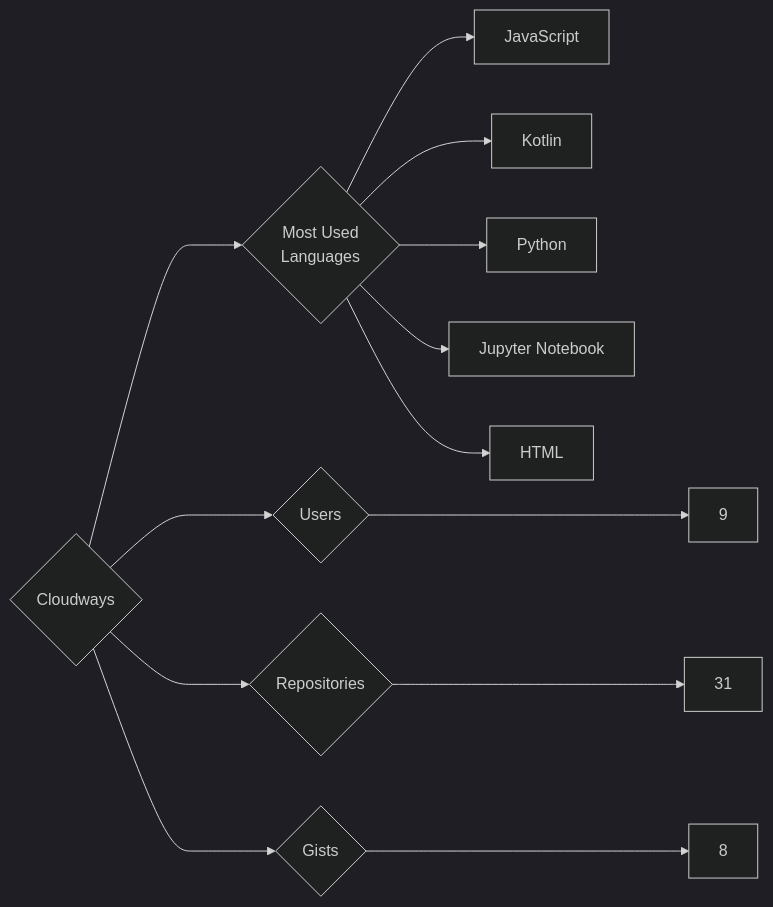
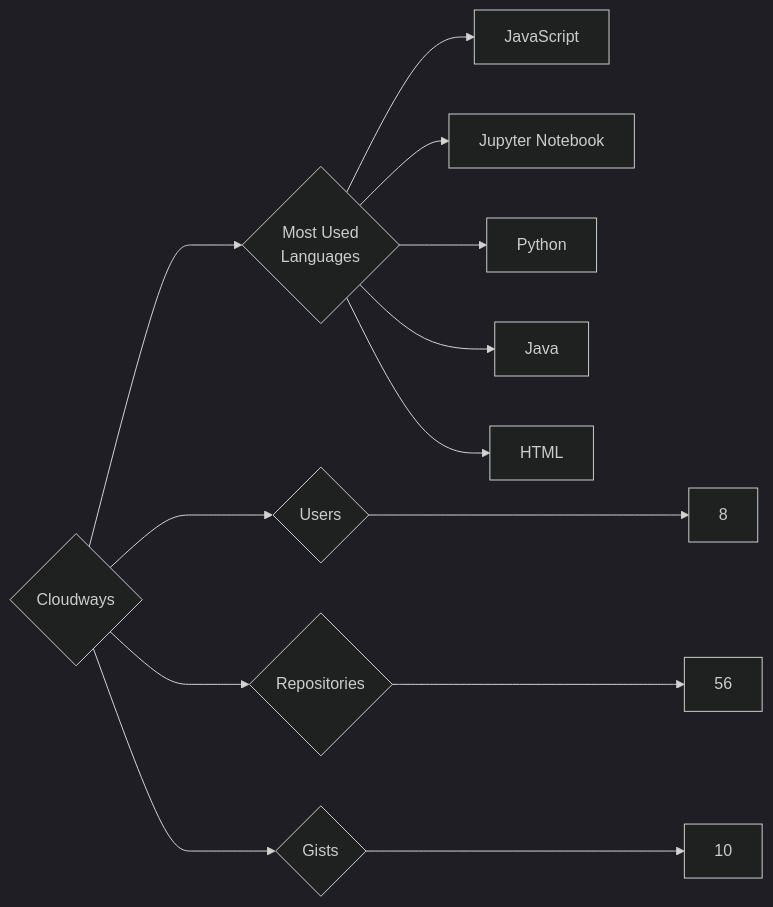
Before and after one commit to trickest/insiders: the diagram in targets/Cloudways/README.md, drawn with Mermaid (dark theme). The commit also changed 993 other files, not shown here.

````diff
--- a/targets/Cloudways/README.md
+++ b/targets/Cloudways/README.md
@@ -3,13 +3,13 @@
 ```mermaid
 graph LR
 COMPANY_NAME{Cloudways}
-COMPANY_NAME ---> U{Users} ---> UN[9]
-COMPANY_NAME ---> R{Repositories} ---> RN[31]
-COMPANY_NAME ---> G{Gists} ---> GN[8]
+COMPANY_NAME ---> U{Users} ---> UN[8]
+COMPANY_NAME ---> R{Repositories} ---> RN[56]
+COMPANY_NAME ---> G{Gists} ---> GN[10]
 COMPANY_NAME ---> ML{Most Used<br>Languages}
 ML --> JavaScript[JavaScript]
-ML --> Kotlin[Kotlin]
+ML --> Jupyter_Notebook[Jupyter Notebook]
 ML --> Python[Python]
-ML --> Jupyter_Notebook[Jupyter Notebook]
+ML --> Java[Java]
 ML --> HTML[HTML]
 ```
````
